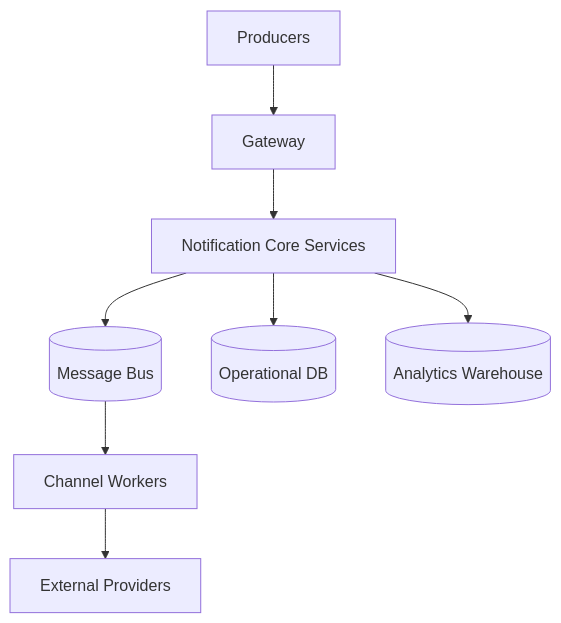
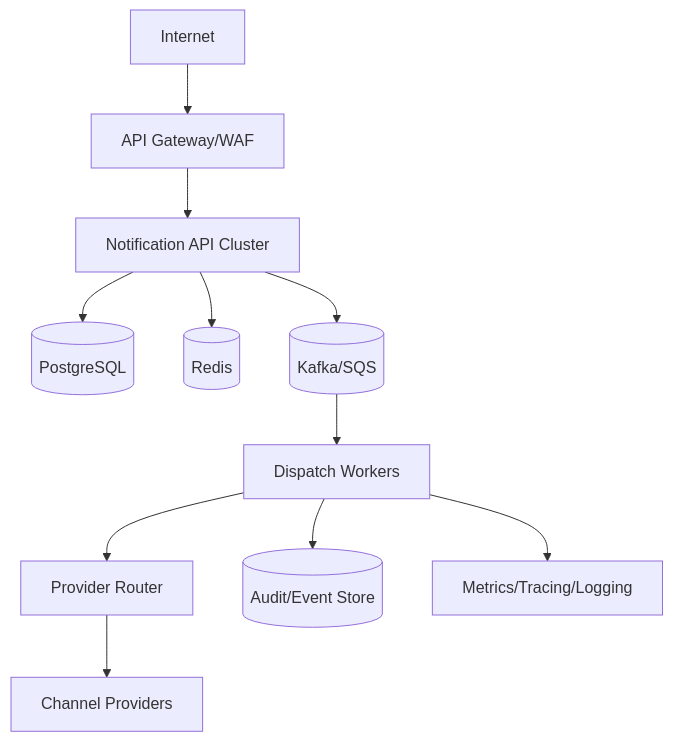
One commit to 0Ankit0/Project-Ideas changed the diagram in Messaging and Notification Platform/high-level-design/architecture-diagram.md. Above: the diagram before and after it, drawn with Mermaid. The commit also changed other lines of this file and 37 other files, not shown here.

Commit message:
Make messaging docs implementation-ready with detailed diagrams and runbooks

````diff
--- a/Messaging and Notification Platform/high-level-design/architecture-diagram.md
+++ b/Messaging and Notification Platform/high-level-design/architecture-diagram.md
@@ -3,10 +10,13 @@
 ```mermaid
 flowchart TB
-  Producers --> Gateway
-  Gateway --> Core[Notification Core Services]
-  Core --> MQ[(Message Bus)]
-  Core --> DB[(Operational DB)]
-  MQ --> Workers[Channel Workers]
-  Workers --> Providers[External Providers]
-  Core --> BI[(Analytics Warehouse)]
+  Internet --> Edge[API Gateway/WAF]
+  Edge --> API[Notification API Cluster]
+  API --> DB[(PostgreSQL)]
+  API --> Cache[(Redis)]
+  API --> Bus[(Kafka/SQS)]
+  Bus --> Workers[Dispatch Workers]
+  Workers --> Router[Provider Router]
+  Router --> Providers[Channel Providers]
+  Workers --> Audit[(Audit/Event Store)]
+  Workers --> Obs[Metrics/Tracing/Logging]
 ```
````
